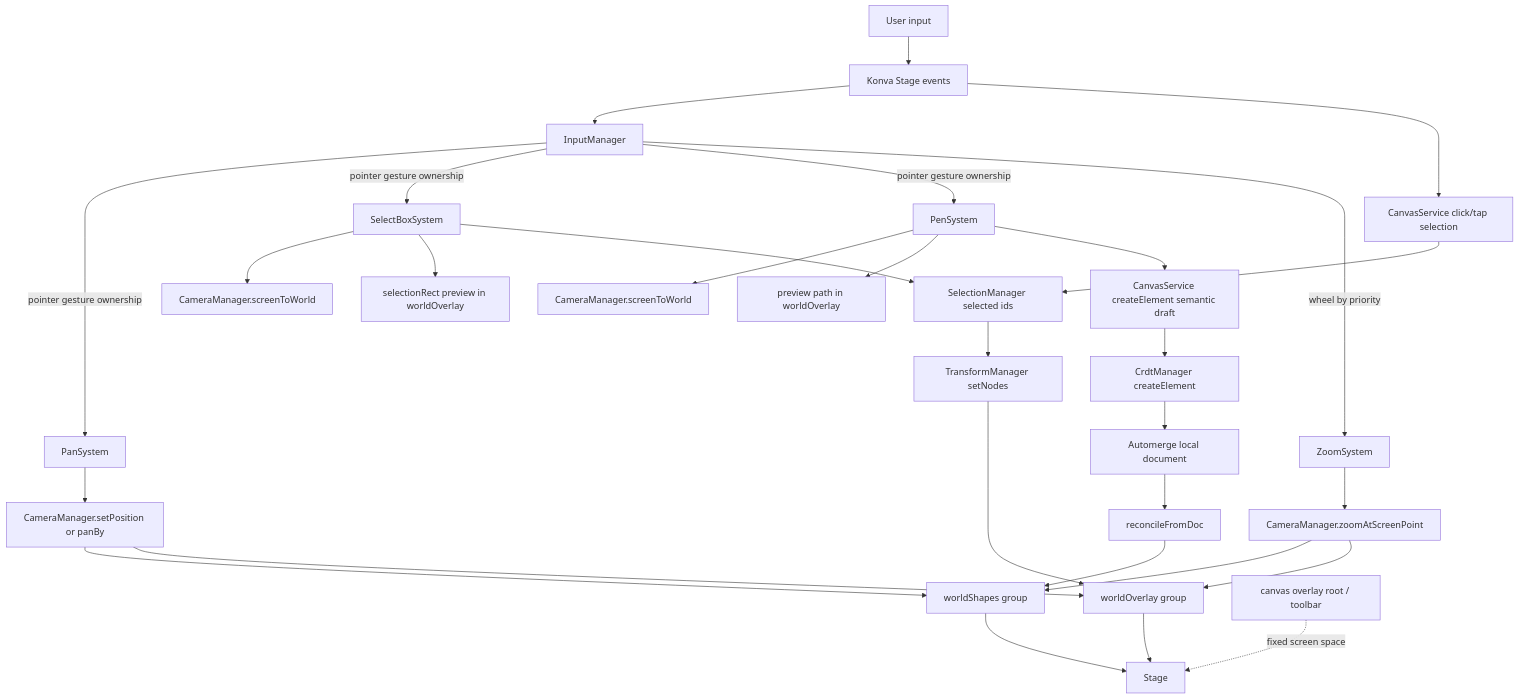
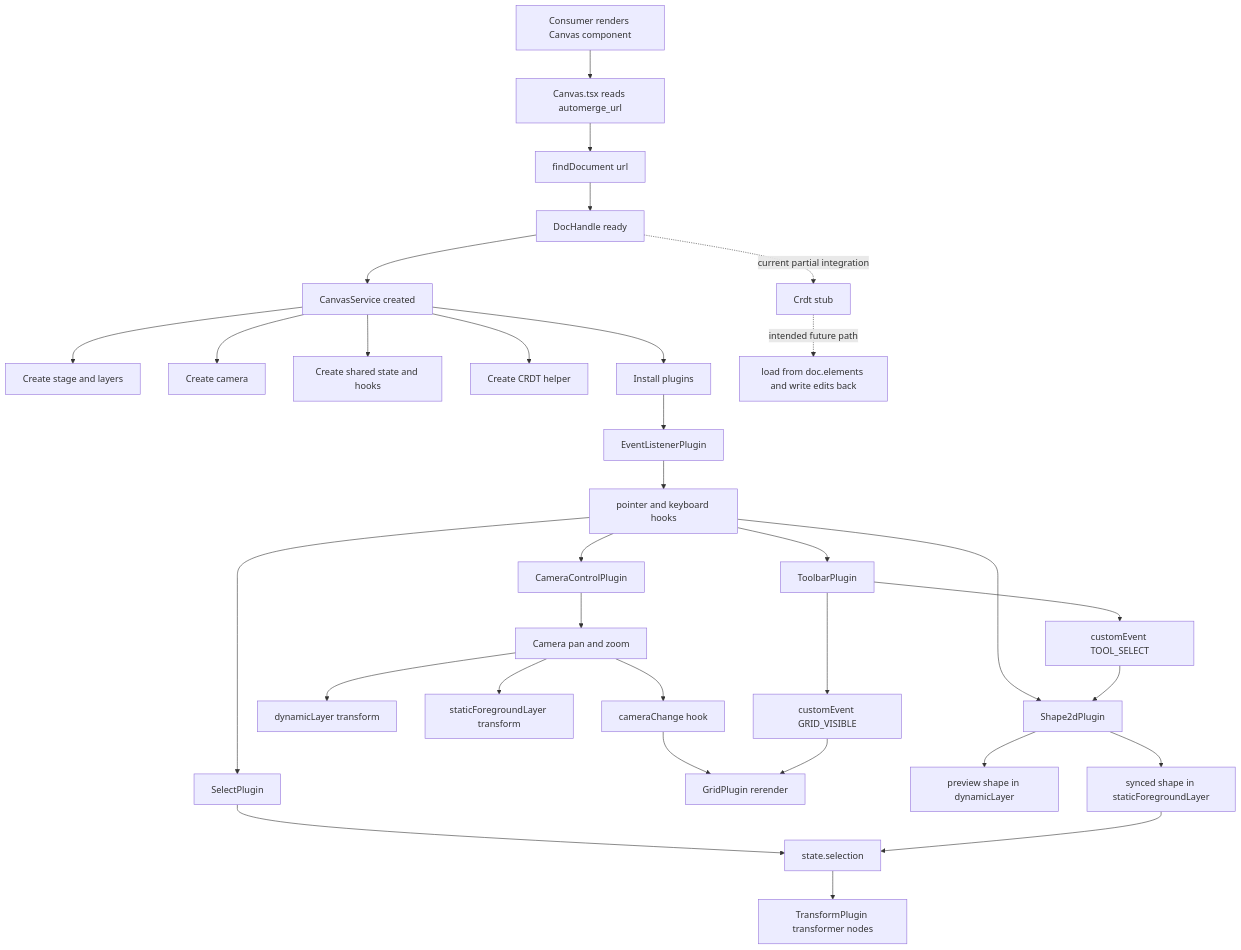
The diagram in specs/spec.canvas.md (vibecanvas/vibecanvas), drawn with Mermaid before and after one commit. The commit also changed other lines of this file and 1 other file, not shown here.

````diff
--- a/specs/spec.canvas.md
+++ b/specs/spec.canvas.md
@@ -498,38 +722,42 @@
 ```mermaid
 flowchart TD
-  U1[User input] --> S1[Konva Stage events]
-  S1 --> IM[InputManager]
-  S1 --> CS[CanvasService click/tap selection]
+  A[Consumer renders Canvas component] --> B[Canvas.tsx reads automerge_url]
+  B --> C[findDocument url]
+  C --> D[DocHandle ready]
+  D --> E[CanvasService created]
 
-  IM -->|pointer gesture ownership| P1[PanSystem]
-  IM -->|pointer gesture ownership| SB1[SelectBoxSystem]
-  IM -->|pointer gesture ownership| PEN1[PenSystem]
-  IM -->|wheel by priority| Z1[ZoomSystem]
+  E --> F[Create stage and layers]
+  E --> G[Create camera]
+  E --> H[Create shared state and hooks]
+  E --> I[Create CRDT helper]
+  E --> J[Install plugins]
 
-  P1 --> C1[CameraManager.setPosition or panBy]
-  Z1 --> C2[CameraManager.zoomAtScreenPoint]
-  SB1 --> C3[CameraManager.screenToWorld]
-  PEN1 --> C4[CameraManager.screenToWorld]
+  J --> K[EventListenerPlugin]
+  K --> L[pointer and keyboard hooks]
 
-  C1 --> WG1[worldShapes group]
-  C1 --> WG2[worldOverlay group]
-  C2 --> WG1
-  C2 --> WG2
+  L --> M[CameraControlPlugin]
+  L --> N[ToolbarPlugin]
+  L --> O[SelectPlugin]
+  L --> P[Shape2dPlugin]
 
-  SB1 --> SR[selectionRect preview in worldOverlay]
-  SB1 --> SEL[SelectionManager selected ids]
-  CS --> SEL
-  SEL --> TR[TransformManager setNodes]
-  TR --> WG2
+  M --> Q[Camera pan and zoom]
+  Q --> R[dynamicLayer transform]
+  Q --> S[staticForegroundLayer transform]
+  Q --> T[cameraChange hook]
+  T --> U[GridPlugin rerender]
 
-  PEN1 --> PP[preview path in worldOverlay]
-  PEN1 --> CE[CanvasService createElement semantic draft]
-  CE --> CRDT[CrdtManager createElement]
-  CRDT --> DOC[Automerge local document]
-  DOC --> REC[reconcileFromDoc]
-  REC --> WG1
+  N --> V[customEvent TOOL_SELECT]
+  N --> W[customEvent GRID_VISIBLE]
+  V --> P
+  W --> U
 
-  DOM[canvas overlay root / toolbar] -. fixed screen space .-> STAGE[Stage]
-  WG1 --> STAGE
-  WG2 --> STAGE
+  O --> X[state.selection]
+  X --> Y[TransformPlugin transformer nodes]
+
+  P --> Z[preview shape in dynamicLayer]
+  P --> AA[synced shape in staticForegroundLayer]
+  AA --> X
+
+  D -. current partial integration .-> AB[Crdt stub]
+  AB -. intended future path .-> AC[load from doc.elements and write edits back]
 ```
````
